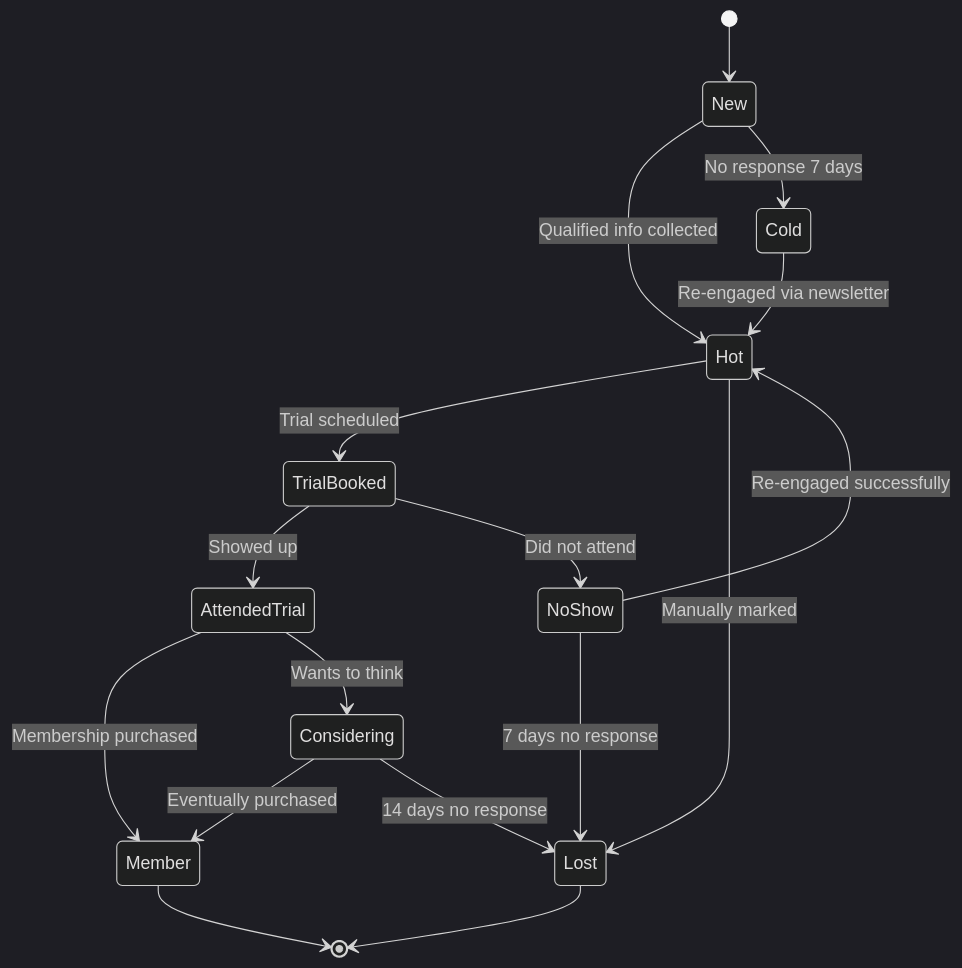
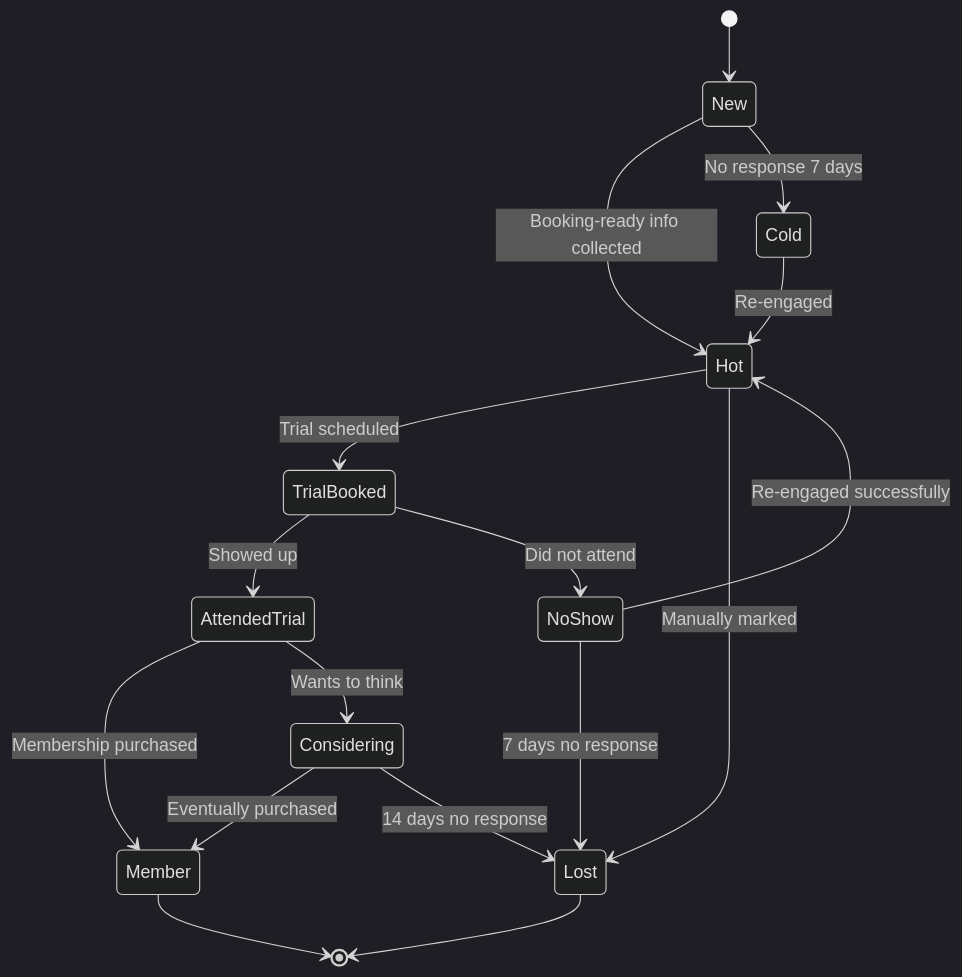
One commit to khaledabdelaziz1330-dot/Khaled-AI-Automation-Portfolio changed the second of 5 diagrams in gym-lead-management/architecture.md. Above: the diagram before and after it, drawn with Mermaid (dark theme). The commit also changed other lines of this file and 50 other files, not shown here.

````diff
--- a/gym-lead-management/architecture.md
+++ b/gym-lead-management/architecture.md
@@ -24,19 +26,19 @@
 ```mermaid
 stateDiagram-v2
     [*] --> New
-    New --> Hot: Qualified info collected
+    New --> Hot: Booking-ready info collected
     New --> Cold: No response 7 days
     Hot --> TrialBooked: Trial scheduled
     Hot --> Lost: Manually marked
     TrialBooked --> AttendedTrial: Showed up
     TrialBooked --> NoShow: Did not attend
     AttendedTrial --> Member: Membership purchased
     AttendedTrial --> Considering: Wants to think
     Considering --> Member: Eventually purchased
     Considering --> Lost: 14 days no response
     NoShow --> Hot: Re-engaged successfully
     NoShow --> Lost: 7 days no response
-    Cold --> Hot: Re-engaged via newsletter
+    Cold --> Hot: Re-engaged
     Member --> [*]
     Lost --> [*]
 ```
````
